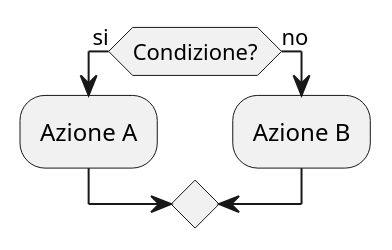
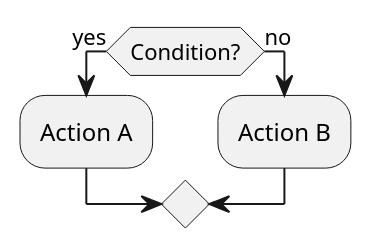
Before and after one commit to Seniorsimo/sas-template: the third of 25 diagrams in 03-behavioral-diagrams/activity-diagrams/README.md, drawn with PlantUML. The commit also changed other lines of this file and 49 other files, not shown here.

````diff
--- a/03-behavioral-diagrams/activity-diagrams/README.md
+++ b/03-behavioral-diagrams/activity-diagrams/README.md
@@ -32,7 +32,7 @@
 ```plantuml
-if (Condizione?) then (si)
-  :Azione A;
+if (Condition?) then (yes)
+  :Action A;
 else (no)
-  :Azione B;
+  :Action B;
 endif
 ```
````
